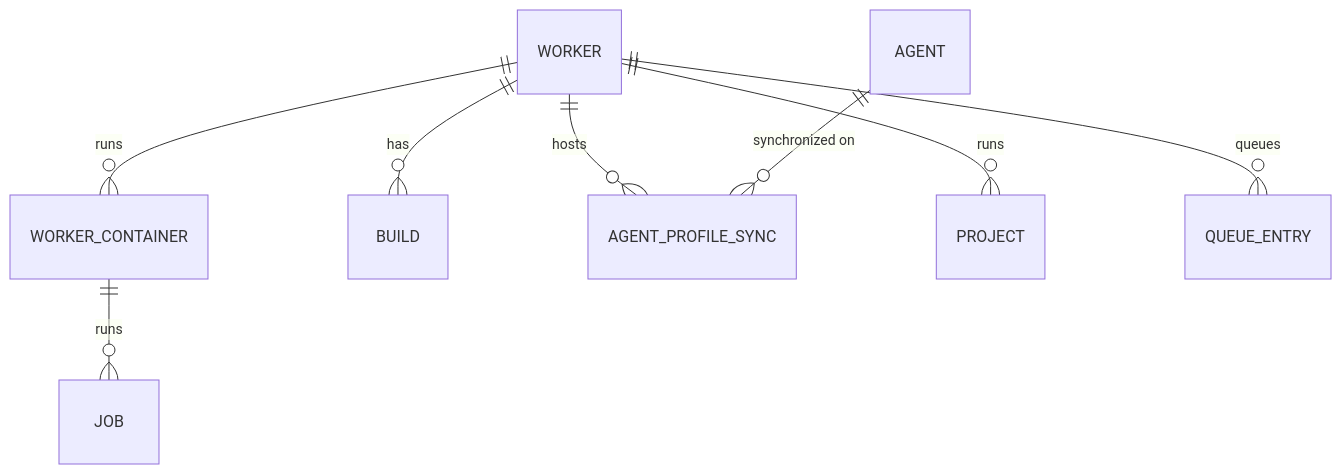
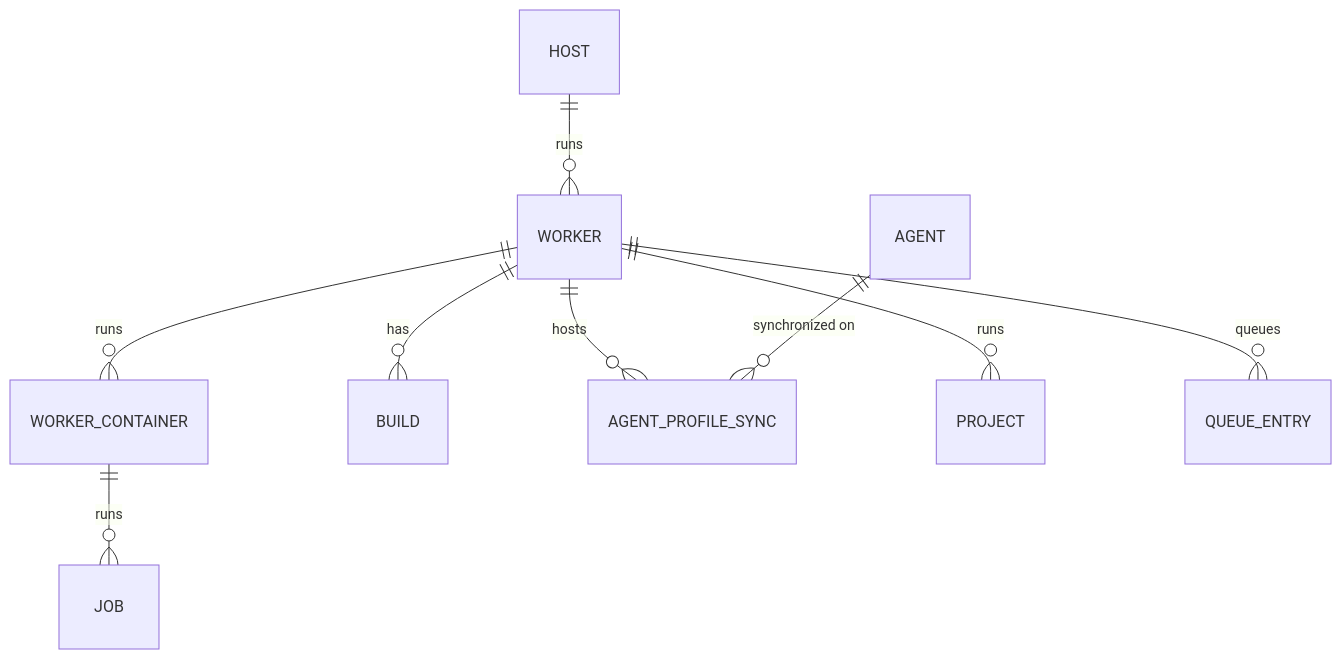
One commit to mceck/claude-task changed the ninth of 9 diagrams in docs/specs/workers.md. Above: the diagram before and after it, drawn with Mermaid. The commit also changed other lines of this file and 8 other files, not shown here.

````diff
--- a/docs/specs/workers.md
+++ b/docs/specs/workers.md
@@ -538,10 +681,11 @@
 ```mermaid
 erDiagram
+  HOST ||--o{ WORKER : "runs"
   WORKER ||--o{ WORKER_CONTAINER : "runs"
   WORKER ||--o{ BUILD : "has"
   WORKER ||--o{ AGENT_PROFILE_SYNC : "hosts"
   AGENT ||--o{ AGENT_PROFILE_SYNC : "synchronized on"
   WORKER ||--o{ PROJECT : "runs"
   WORKER ||--o{ QUEUE_ENTRY : "queues"
   WORKER_CONTAINER ||--o{ JOB : "runs"
 ```
````
